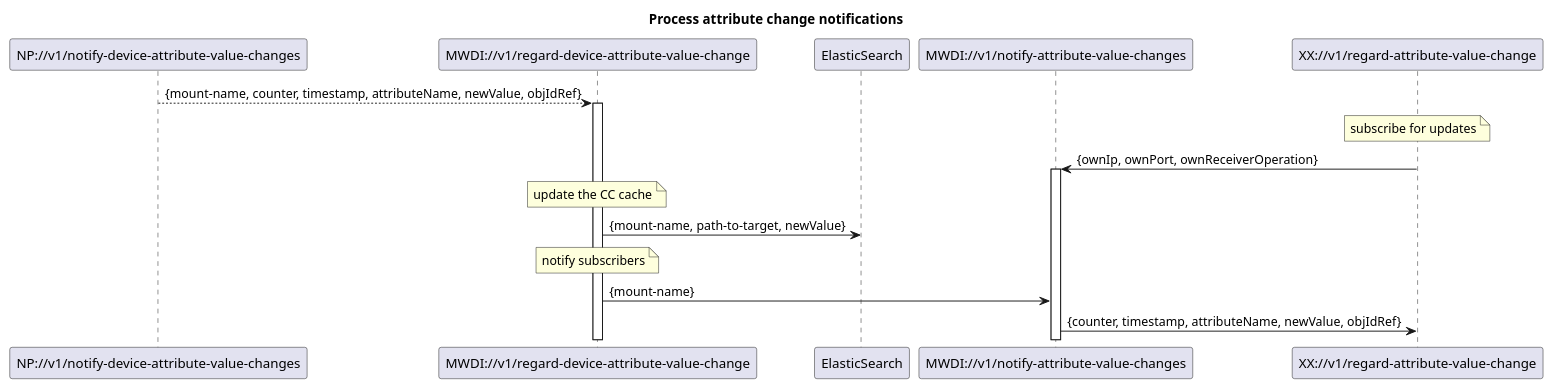
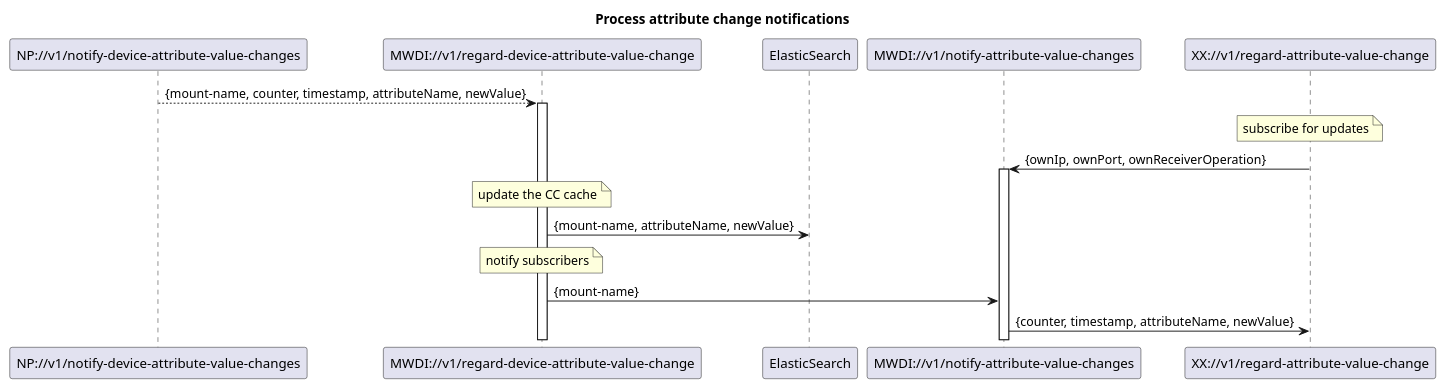
One commit to openBackhaul/MicroWaveDeviceInventory changed the diagram in spec/diagrams/neu/11x_processAttributeChangeNotifications.plantuml. Above: the diagram before and after it, drawn with PlantUML. The commit also changed 2 other files, not shown here.

```diff
--- a/spec/diagrams/neu/11x_processAttributeChangeNotifications.plantuml
+++ b/spec/diagrams/neu/11x_processAttributeChangeNotifications.plantuml
@@ -1,32 +1,33 @@
 @startuml
 skinparam responseMessageBelowArrow true
 skinparam participant {
   StereotypeFontSize 12  
 }
 
 title Process attribute change notifications
 
 'participants
 participant "NP://v1/notify-device-attribute-value-changes" as npmsg
 participant "MWDI://v1/regard-device-attribute-value-change" as mwdi
 participant "ElasticSearch" as es
 participant "MWDI://v1/notify-attribute-value-changes" as notify
 participant "XX://v1/regard-attribute-value-change" as subscriberOp
 
-npmsg --> mwdi: {mount-name, counter, timestamp, attributeName, newValue, objIdRef}
+'attribute name contains complete path to changed attribute
+npmsg --> mwdi: {mount-name, counter, timestamp, attributeName, newValue}
 activate mwdi
 
 note over subscriberOp: subscribe for updates
 subscriberOp -> notify: {ownIp, ownPort, ownReceiverOperation} 
 activate notify
 
 note over mwdi: update the CC cache
-mwdi -> es: {mount-name, path-to-target, newValue}
+mwdi -> es: {mount-name, attributeName, newValue}
 
 
 note over mwdi: notify subscribers
 mwdi -> notify: {mount-name}
-notify -> subscriberOp: {counter, timestamp, attributeName, newValue, objIdRef}
+notify -> subscriberOp: {counter, timestamp, attributeName, newValue}
 
 
 @enduml
```
